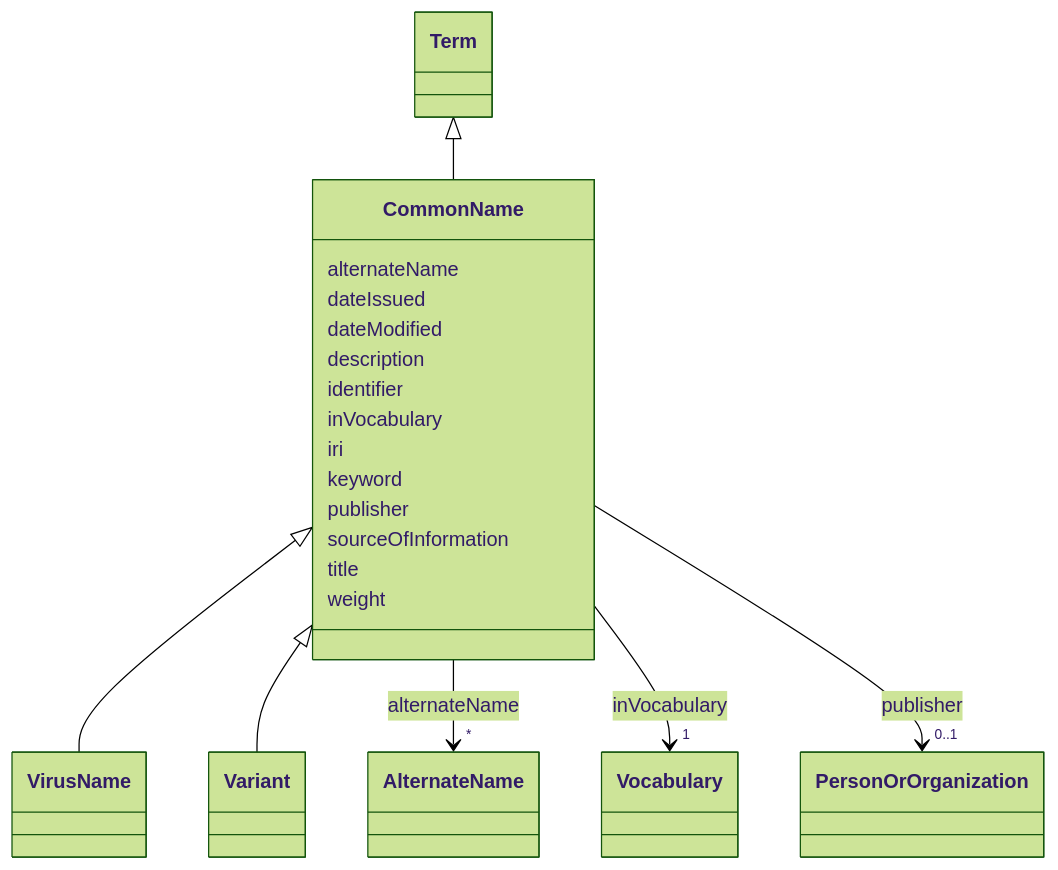
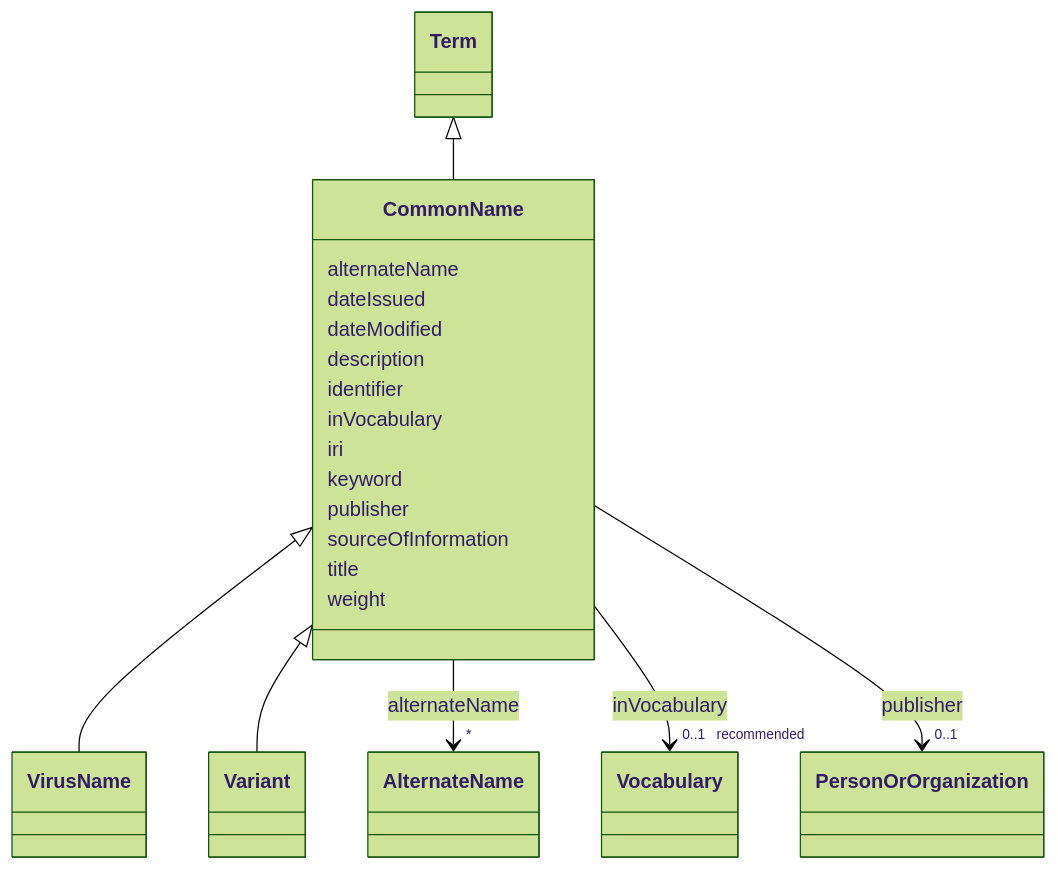
Before and after one commit to EVORA-project/evora-ontology: the diagram in models/docs/CommonName.md, drawn with Mermaid (forest theme). The commit also changed other lines of this file and 307 other files, not shown here.

````diff
--- a/models/docs/CommonName.md
+++ b/models/docs/CommonName.md
@@ -19,61 +19,61 @@
 ```mermaid
  classDiagram
     class CommonName
     click CommonName href "../CommonName"
       Term <|-- CommonName
         click Term href "../Term"
       
 
       CommonName <|-- VirusName
         click VirusName href "../VirusName"
       CommonName <|-- Variant
         click Variant href "../Variant"
       
       
       CommonName : alternateName
         
           
     
     
     CommonName --> "*" AlternateName : alternateName
     click AlternateName href "../AlternateName"
 
         
       CommonName : dateIssued
         
       CommonName : dateModified
         
       CommonName : description
         
       CommonName : identifier
         
       CommonName : inVocabulary
         
           
     
     
-    CommonName --> "1" Vocabulary : inVocabulary
+    CommonName --> "0..1 _recommended_" Vocabulary : inVocabulary
     click Vocabulary href "../Vocabulary"
 
         
       CommonName : iri
         
       CommonName : keyword
         
       CommonName : publisher
         
           
     
     
     CommonName --> "0..1" PersonOrOrganization : publisher
     click PersonOrOrganization href "../PersonOrOrganization"
 
         
       CommonName : sourceOfInformation
         
       CommonName : title
         
       CommonName : weight
         
       
 ```
````
